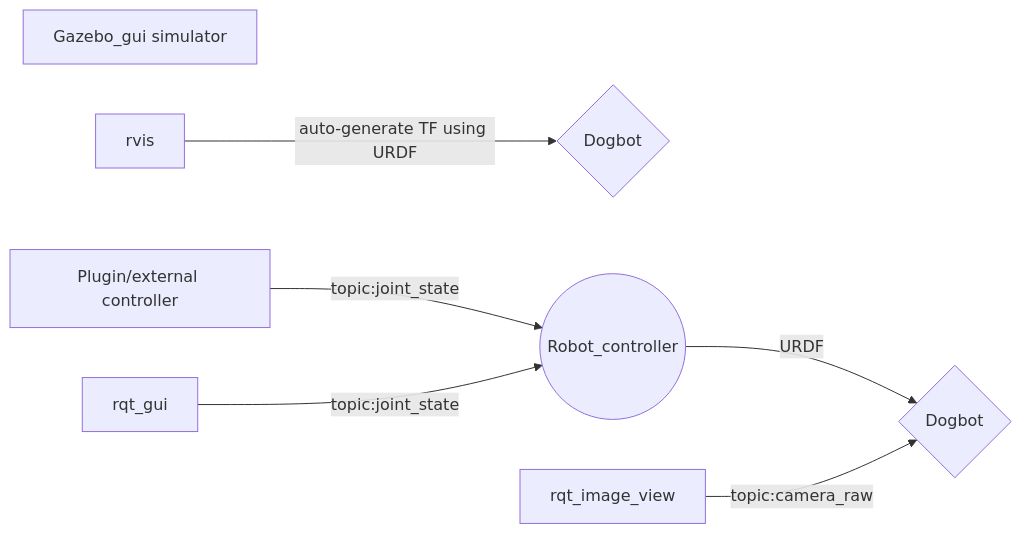
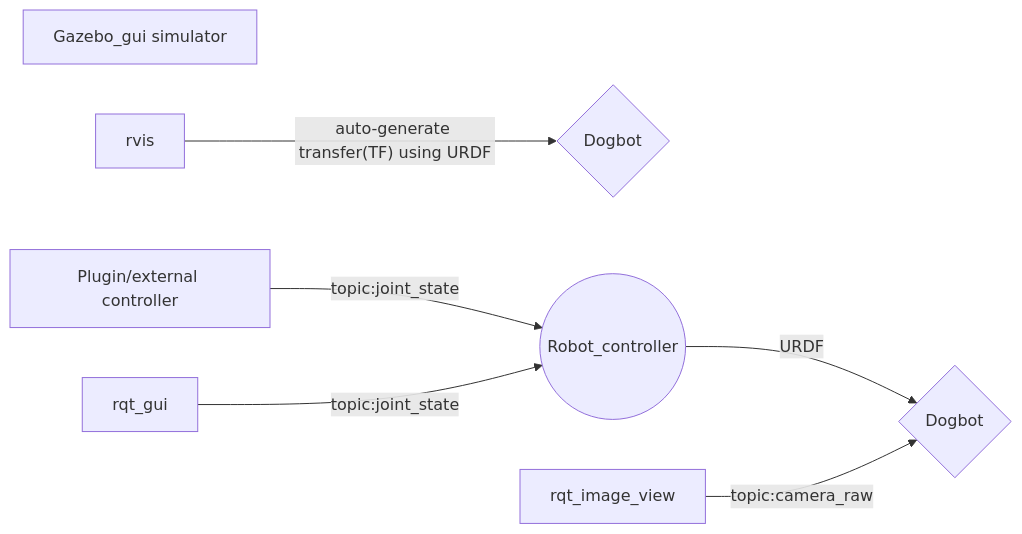
One commit to bsyh/dogbot_ros changed the diagram in README.md. Above: the diagram before and after it, drawn with Mermaid.

````diff
--- a/README.md
+++ b/README.md
@@ -46,10 +46,10 @@
 ```mermaid
 graph LR
 Z[Gazebo_gui simulator]
 
-R[rvis] --auto-generate TF using URDF--> V{Dogbot}
+R[rvis] --auto-generate transfer(TF) using URDF--> V{Dogbot}
 
 X[Plugin/external controller] --  topic:joint_state --> B
 H[rqt_gui] -- topic:joint_state -->B((Robot_controller)) --URDF-->F{Dogbot}
 A[rqt_image_view] -- topic:camera_raw --> F
 ```
````
